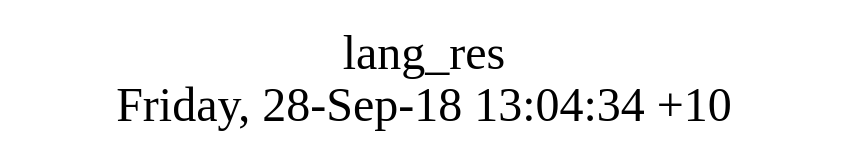
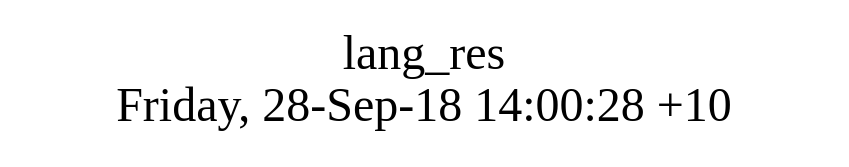
One commit to AlexZeDim/apps changed the diagram in src/lang_res/struct.dot. Above: the diagram before and after it, drawn with Graphviz. The commit also changed 6 other files, not shown here.

```diff
--- a/src/lang_res/struct.dot
+++ b/src/lang_res/struct.dot
@@ -1,8 +1,8 @@
 digraph G {
 fontsize="24";
-label="lang_res\nFriday, 28-Sep-18 13:04:34 +10";
+label="lang_res\nFriday, 28-Sep-18 14:00:28 +10";
 nojustify=true;
 ordering=out;
 rankdir=LR;
 size="30";
 }
```
